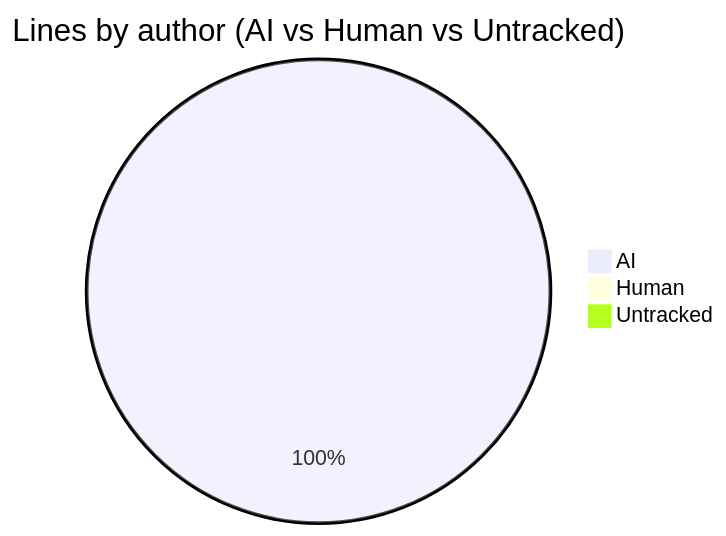
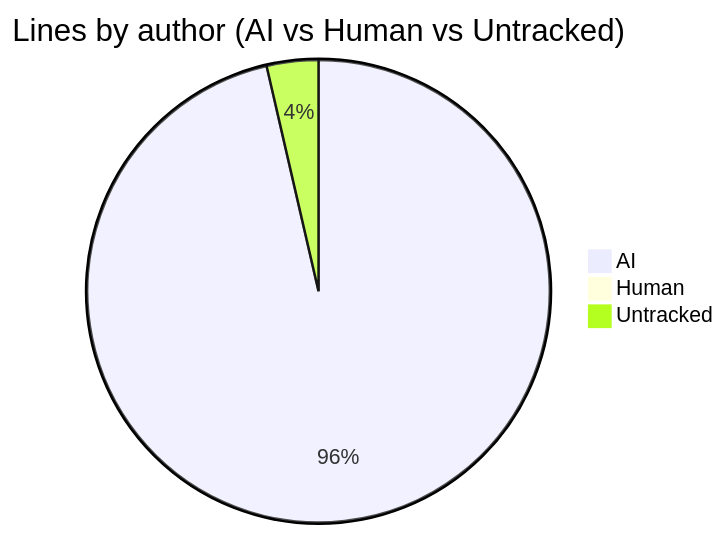
Before and after one commit to CaliMark/ai-authorship: the second of 7 diagrams in AI-AUTHORSHIP.md, drawn with Mermaid. The commit also changed other lines of this file and 1 other file, not shown here.

````diff
--- a/AI-AUTHORSHIP.md
+++ b/AI-AUTHORSHIP.md
@@ -34,6 +34,6 @@
 ```mermaid
 pie title Lines by author (AI vs Human vs Untracked)
-    "AI" : 636
+    "AI" : 481
     "Human" : 0
-    "Untracked" : 0
+    "Untracked" : 18
 ```
````
